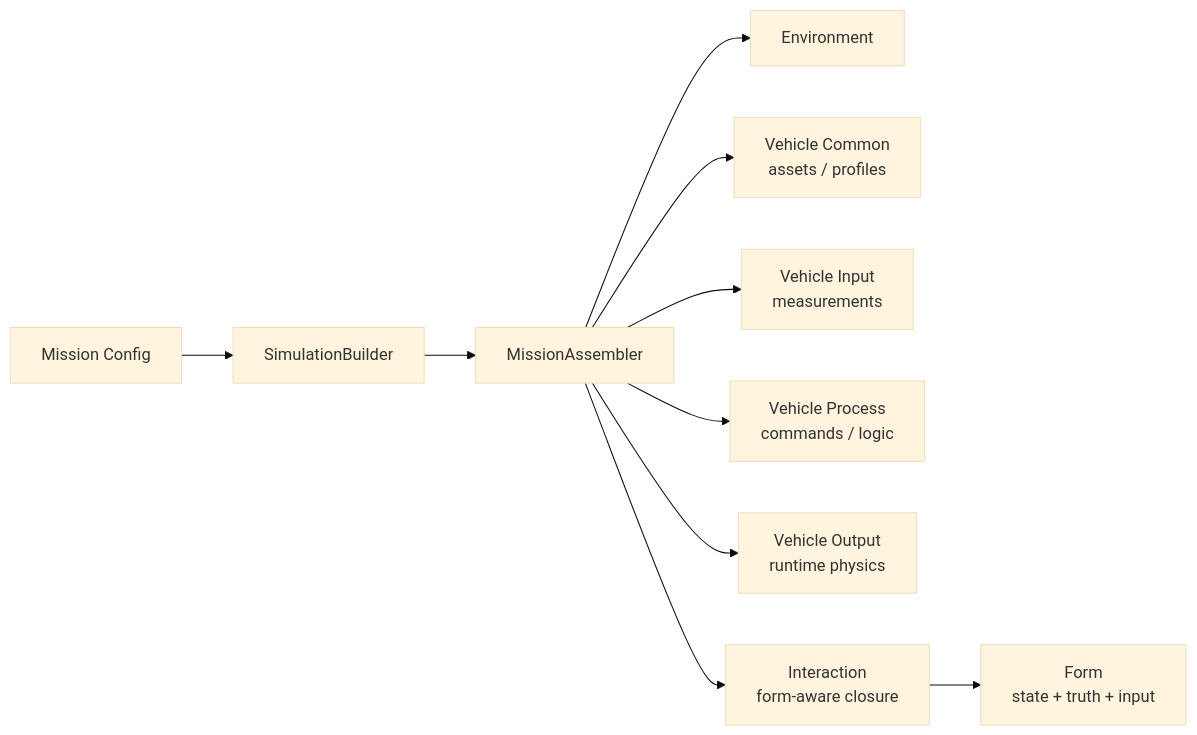
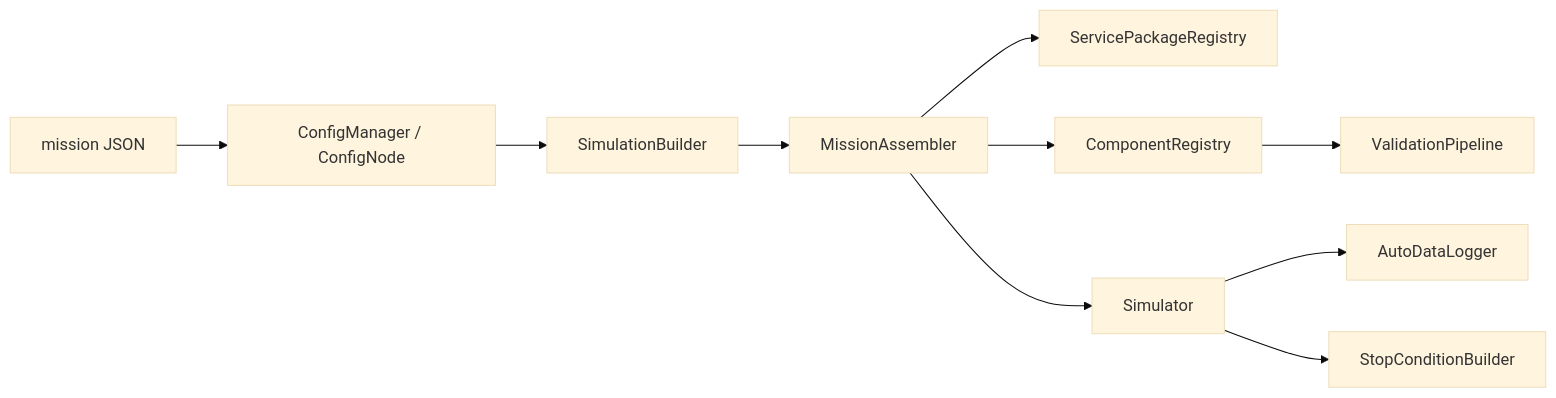
The diagram in doc/05-architecture.md (aofenghanyue/GNCZMKN), drawn with Mermaid (base theme) before and after one commit. The commit also changed other lines of this file and 11 other files, not shown here.

Commit message:
Refactor framework documentation for current architecture

````diff
--- a/doc/05-architecture.md
+++ b/doc/05-architecture.md
@@ -5,12 +7,12 @@
 ```mermaid
 flowchart LR
-    Mission["Mission Config"] --> Builder["SimulationBuilder"]
+    Mission["mission JSON"] --> Config["ConfigManager / ConfigNode"]
+    Config --> Builder["SimulationBuilder"]
     Builder --> Assembler["MissionAssembler"]
-    Assembler --> Env["Environment"]
-    Assembler --> Common["Vehicle Common\nassets / profiles"]
-    Assembler --> Input["Vehicle Input\nmeasurements"]
-    Assembler --> Process["Vehicle Process\ncommands / logic"]
-    Assembler --> Output["Vehicle Output\nruntime physics"]
-    Assembler --> Interaction["Interaction\nform-aware closure"]
-    Interaction --> Form["Form\nstate + truth + input"]
+    Assembler --> Services["ServicePackageRegistry"]
+    Assembler --> Registry["ComponentRegistry"]
+    Assembler --> Simulator["Simulator"]
+    Registry --> Validation["ValidationPipeline"]
+    Simulator --> Logger["AutoDataLogger"]
+    Simulator --> Stops["StopConditionBuilder"]
 ```
````
